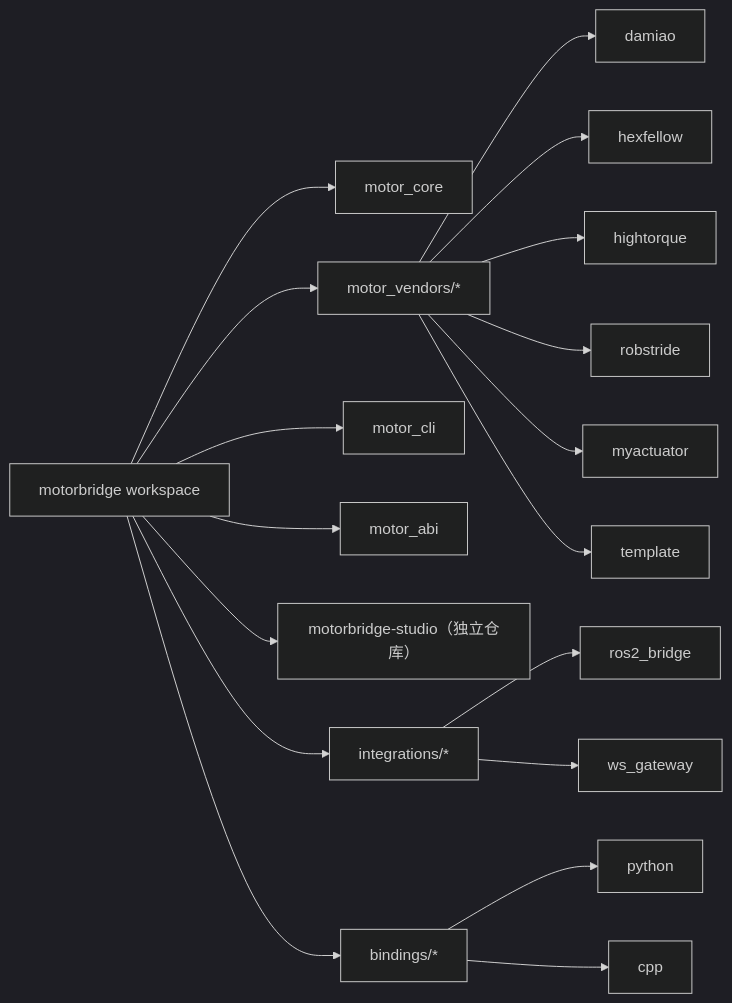
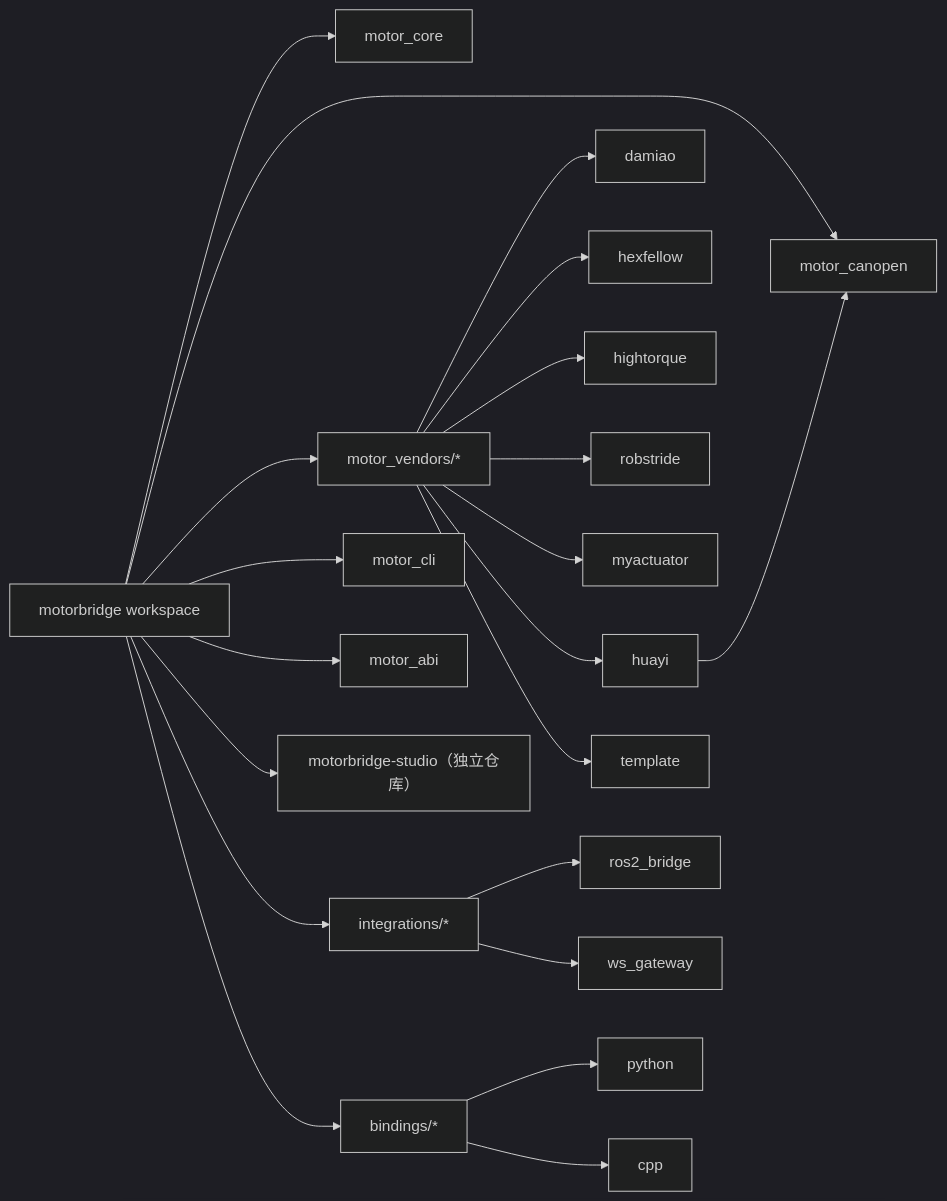
The second of 3 diagrams in README.zh-CN.md (motorbridge/motorbridge), drawn with Mermaid (dark theme) before and after one commit. The commit also changed other lines of this file and 104 other files, not shown here.

First line of the commit message:
feat(huayi): add Huayi CANopen joint driver end-to-end

````diff
--- a/README.zh-CN.md
+++ b/README.zh-CN.md
@@ -176,20 +189,23 @@
 ```mermaid
 flowchart LR
   ROOT["motorbridge workspace"] --> CORE["motor_core"]
+  ROOT --> CANOPEN["motor_canopen"]
   ROOT --> VENDORS["motor_vendors/*"]
   ROOT --> CLI["motor_cli"]
   ROOT --> ABI["motor_abi"]
   ROOT --> STUDIO["motorbridge-studio（独立仓库）"]
   ROOT --> INTS["integrations/*"]
   ROOT --> BIND["bindings/*"]
   VENDORS --> VD["damiao"]
   VENDORS --> VH["hexfellow"]
   VENDORS --> VHT["hightorque"]
   VENDORS --> VR["robstride"]
   VENDORS --> VM["myactuator"]
+  VENDORS --> VHY["huayi"]
   VENDORS --> VT["template"]
+  VHY --> CANOPEN
   INTS --> ROS["ros2_bridge"]
   INTS --> WS["ws_gateway"]
   BIND --> PY["python"]
   BIND --> CPP["cpp"]
 ```
````
